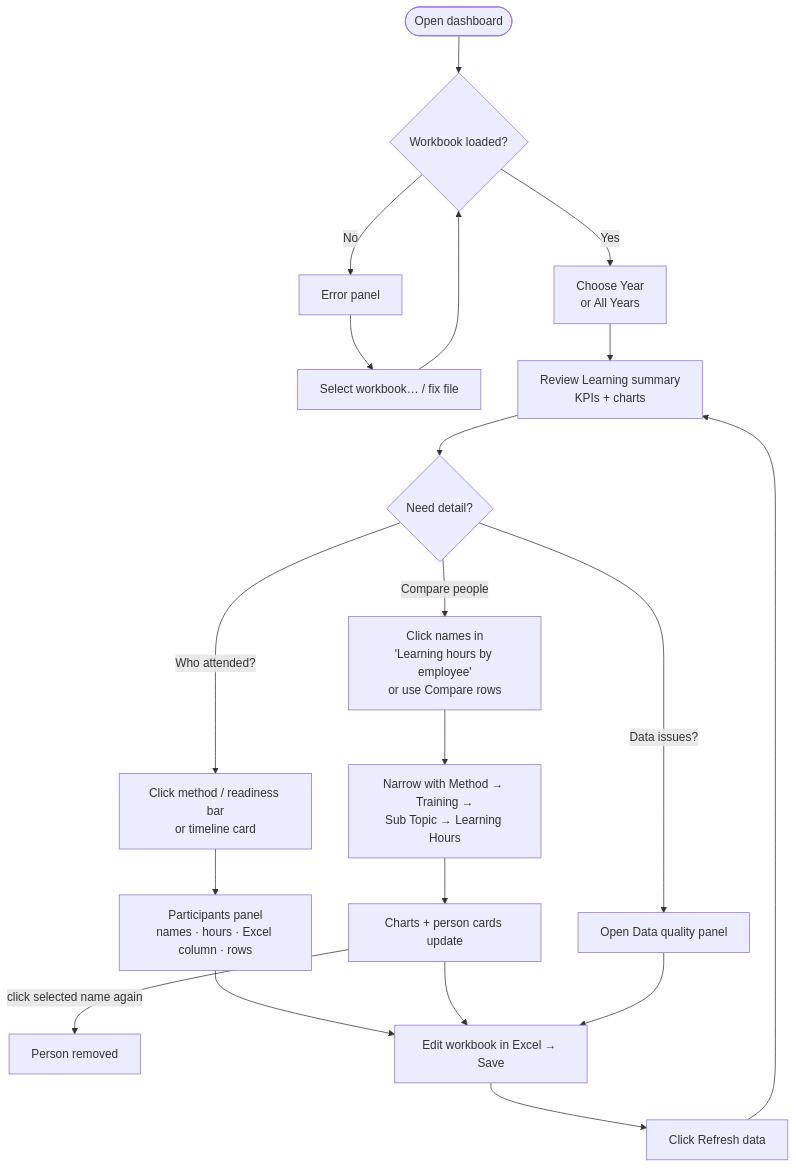
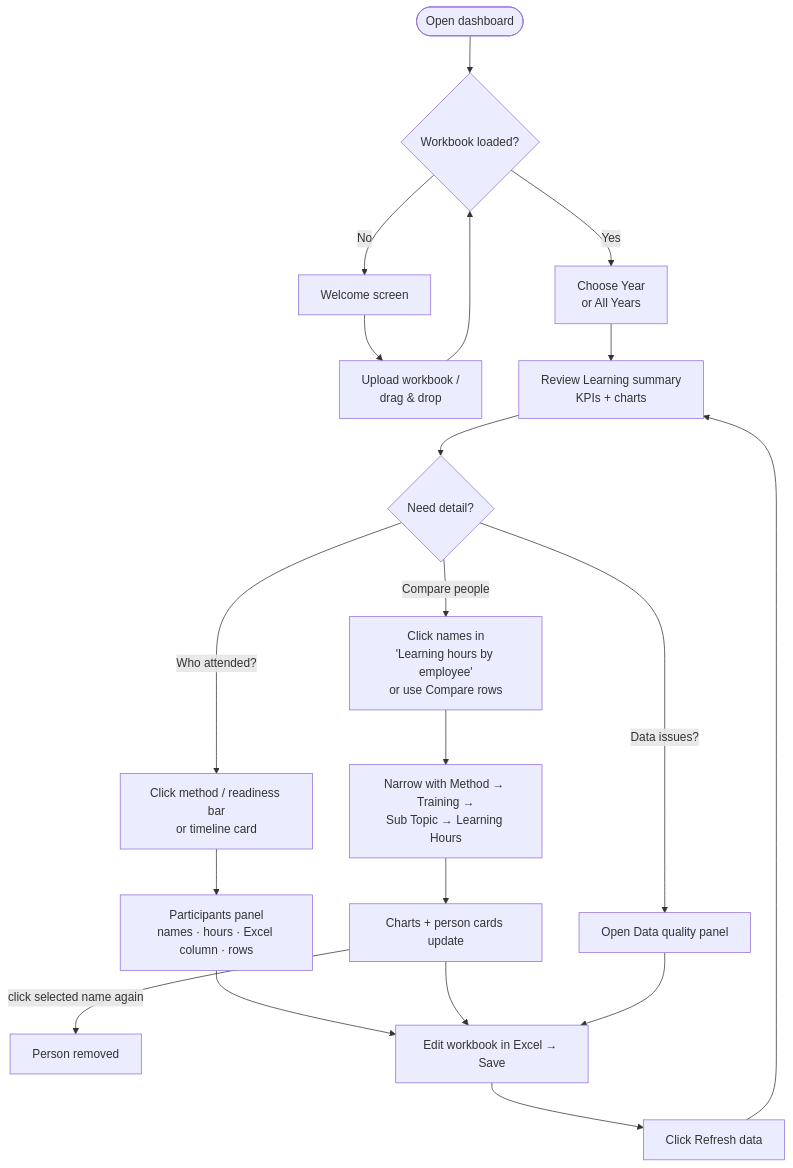
Before and after one commit to KARTHIKb18/MISC-Dashboards: the fourth of 4 diagrams in DT-LD-Dashbaord_README.md, drawn with Mermaid. The commit also changed other lines of this file and 3 other files, not shown here.

````diff
--- a/DT-LD-Dashbaord_README.md
+++ b/DT-LD-Dashbaord_README.md
@@ -226,16 +252,16 @@
 ```mermaid
 flowchart TD
     A([Open dashboard]) --> B{Workbook loaded?}
-    B -- No --> C[Error panel] --> D[Select workbook… / fix file] --> B
+    B -- No --> C[Welcome screen] --> D[Upload workbook /<br/>drag & drop] --> B
     B -- Yes --> E[Choose Year<br/>or All Years]
     E --> F[Review Learning summary<br/>KPIs + charts]
     F --> G{Need detail?}
     G -- Who attended? --> H[Click method / readiness bar<br/>or timeline card] --> I[Participants panel<br/>names · hours · Excel column · rows]
     G -- Compare people --> J[Click names in<br/>'Learning hours by employee'<br/>or use Compare rows]
     J --> K[Narrow with Method → Training →<br/>Sub Topic → Learning Hours]
     K --> L[Charts + person cards update]
     L -- click selected name again --> M[Person removed]
     G -- Data issues? --> N[Open Data quality panel]
     I & L & N --> O[Edit workbook in Excel → Save]
     O --> P[Click Refresh data] --> F
 ```
````
